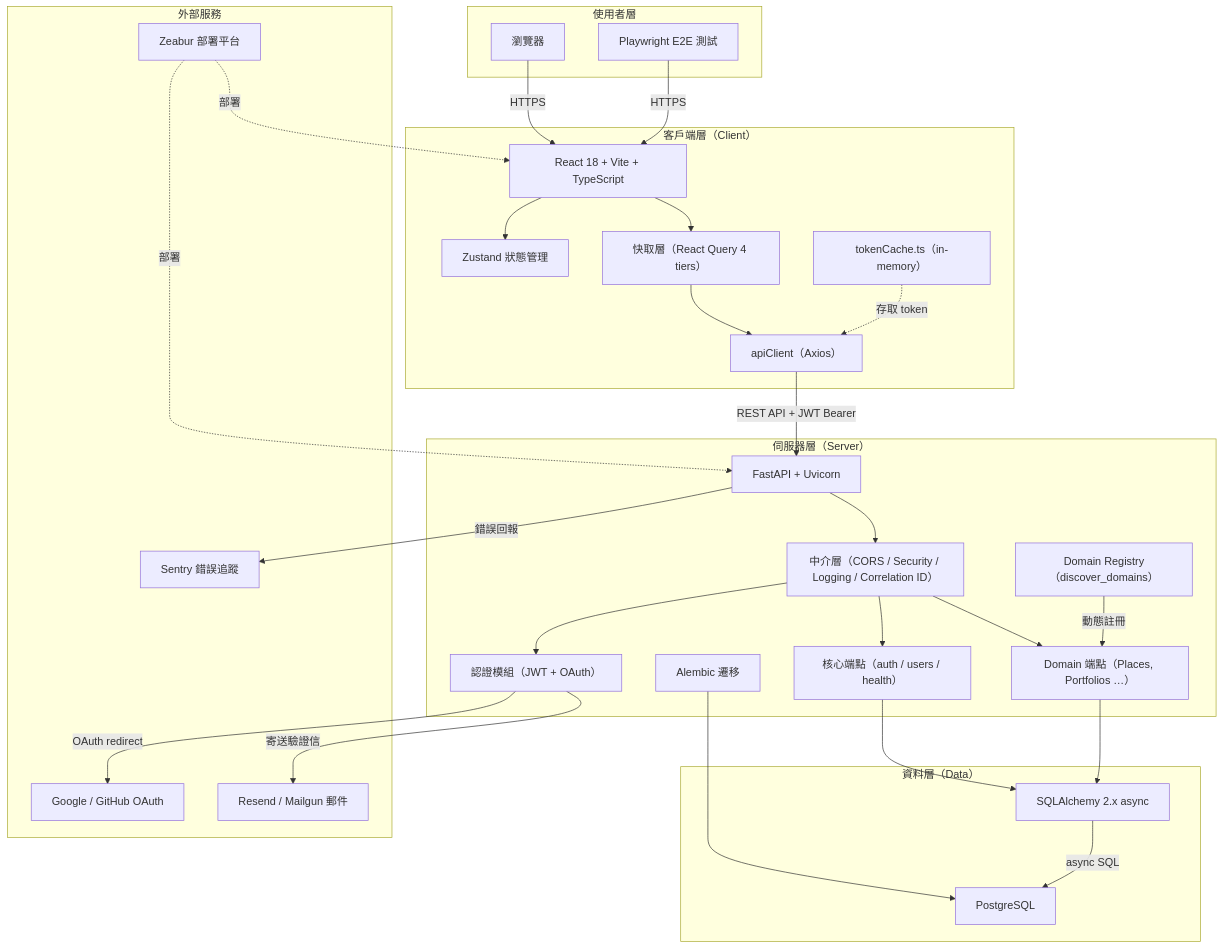
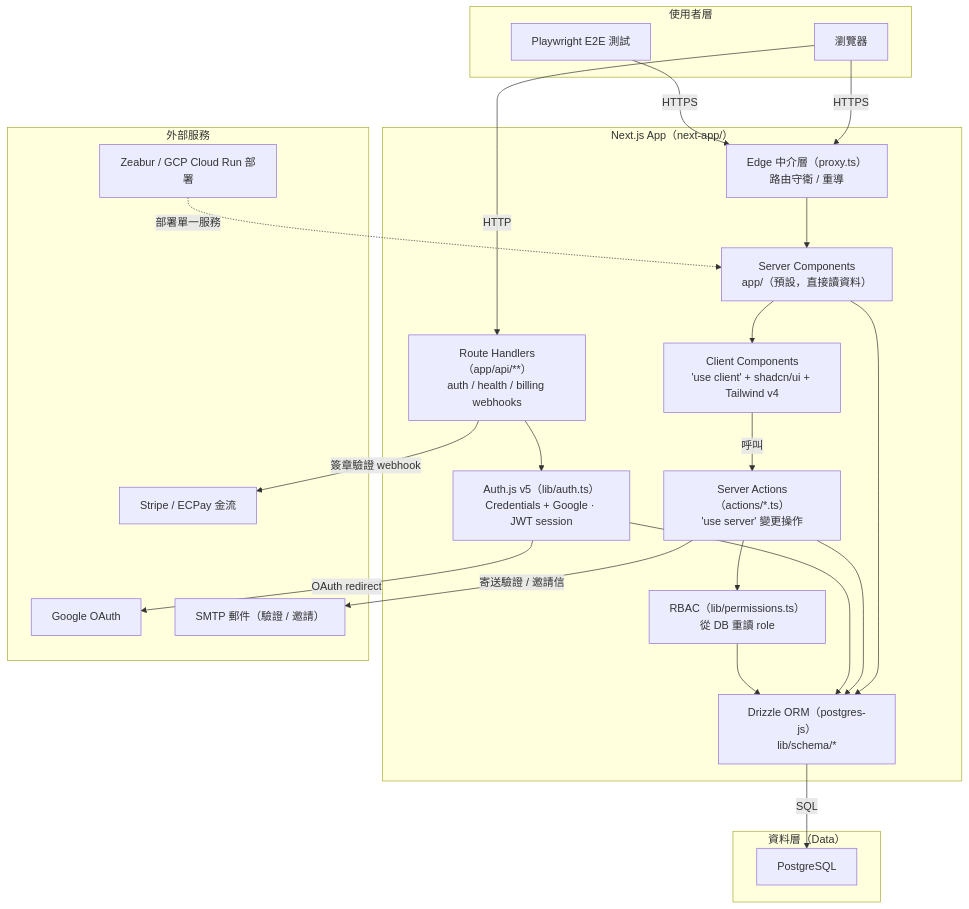
The diagram in docs/diagrams/system-architecture.md (cloud-f1/shutien-p2-lab3-nexjs-template), drawn with Mermaid before and after one commit. The commit also changed other lines of this file and 71 other files, not shown here.

````diff
--- a/docs/diagrams/system-architecture.md
+++ b/docs/diagrams/system-architecture.md
@@ -7,61 +8,49 @@
 ```mermaid
 graph TD
     subgraph 使用者層
         Browser["瀏覽器"]
         E2E["Playwright E2E 測試"]
     end
 
-    subgraph 客戶端層["客戶端層（Client）"]
-        React["React 18 + Vite + TypeScript"]
-        Zustand["Zustand 狀態管理"]
-        RQ["快取層（React Query 4 tiers）"]
-        Axios["apiClient（Axios）"]
-        TokenCache["tokenCache.ts（in-memory）"]
-    end
-
-    subgraph 伺服器層["伺服器層（Server）"]
-        FastAPI["FastAPI + Uvicorn"]
-        Auth["認證模組（JWT + OAuth）"]
-        CoreAPI["核心端點（auth / users / health）"]
-        DomainAPI["Domain 端點（Places, Portfolios …）"]
-        Registry["Domain Registry（discover_domains）"]
-        Middleware["中介層（CORS / Security / Logging / Correlation ID）"]
-        Alembic["Alembic 遷移"]
+    subgraph 應用層["Next.js App（next-app/）"]
+        Edge["Edge 中介層（proxy.ts）<br/>路由守衛 / 重導"]
+        RSC["Server Components<br/>app/（預設，直接讀資料）"]
+        Client["Client Components<br/>'use client' + shadcn/ui + Tailwind v4"]
+        Actions["Server Actions（actions/*.ts）<br/>'use server' 變更操作"]
+        Routes["Route Handlers（app/api/**）<br/>auth / health / billing webhooks"]
+        Auth["Auth.js v5（lib/auth.ts）<br/>Credentials + Google · JWT session"]
+        RBAC["RBAC（lib/permissions.ts）<br/>從 DB 重讀 role"]
+        Drizzle["Drizzle ORM（postgres-js）<br/>lib/schema/*"]
     end
 
     subgraph 資料層["資料層（Data）"]
         PG["PostgreSQL"]
-        SQLAlchemy["SQLAlchemy 2.x async"]
     end
 
     subgraph 外部服務
-        Zeabur["Zeabur 部署平台"]
-        OAuth["Google / GitHub OAuth"]
-        Email["Resend / Mailgun 郵件"]
-        Sentry["Sentry 錯誤追蹤"]
+        Zeabur["Zeabur / GCP Cloud Run 部署"]
+        OAuth["Google OAuth"]
+        Email["SMTP 郵件（驗證 / 邀請）"]
+        Billing["Stripe / ECPay 金流"]
     end
 
-    Browser -->|HTTPS| React
-    E2E -->|HTTPS| React
-    React --> Zustand
-    React --> RQ
-    RQ --> Axios
-    Axios -->|"REST API + JWT Bearer"| FastAPI
-    TokenCache -.->|存取 token| Axios
+    Browser -->|HTTPS| Edge
+    E2E -->|HTTPS| Edge
+    Edge --> RSC
+    RSC --> Client
+    Client -->|呼叫| Actions
+    Browser -->|HTTP| Routes
 
-    FastAPI --> Middleware
-    Middleware --> Auth
-    Middleware --> CoreAPI
-    Middleware --> DomainAPI
-    Registry -->|動態註冊| DomainAPI
-    CoreAPI --> SQLAlchemy
-    DomainAPI --> SQLAlchemy
-    Alembic --> PG
-    SQLAlchemy -->|async SQL| PG
+    RSC --> Drizzle
+    Actions --> RBAC
+    Actions --> Drizzle
+    Routes --> Auth
+    Auth --> Drizzle
+    RBAC --> Drizzle
+    Drizzle -->|SQL| PG
 
     Auth -->|OAuth redirect| OAuth
-    Auth -->|寄送驗證信| Email
-    FastAPI -->|錯誤回報| Sentry
-    Zeabur -.->|部署| FastAPI
-    Zeabur -.->|部署| React
+    Routes -->|簽章驗證 webhook| Billing
+    Actions -->|寄送驗證 / 邀請信| Email
+    Zeabur -.->|部署單一服務| RSC
 ```
````
